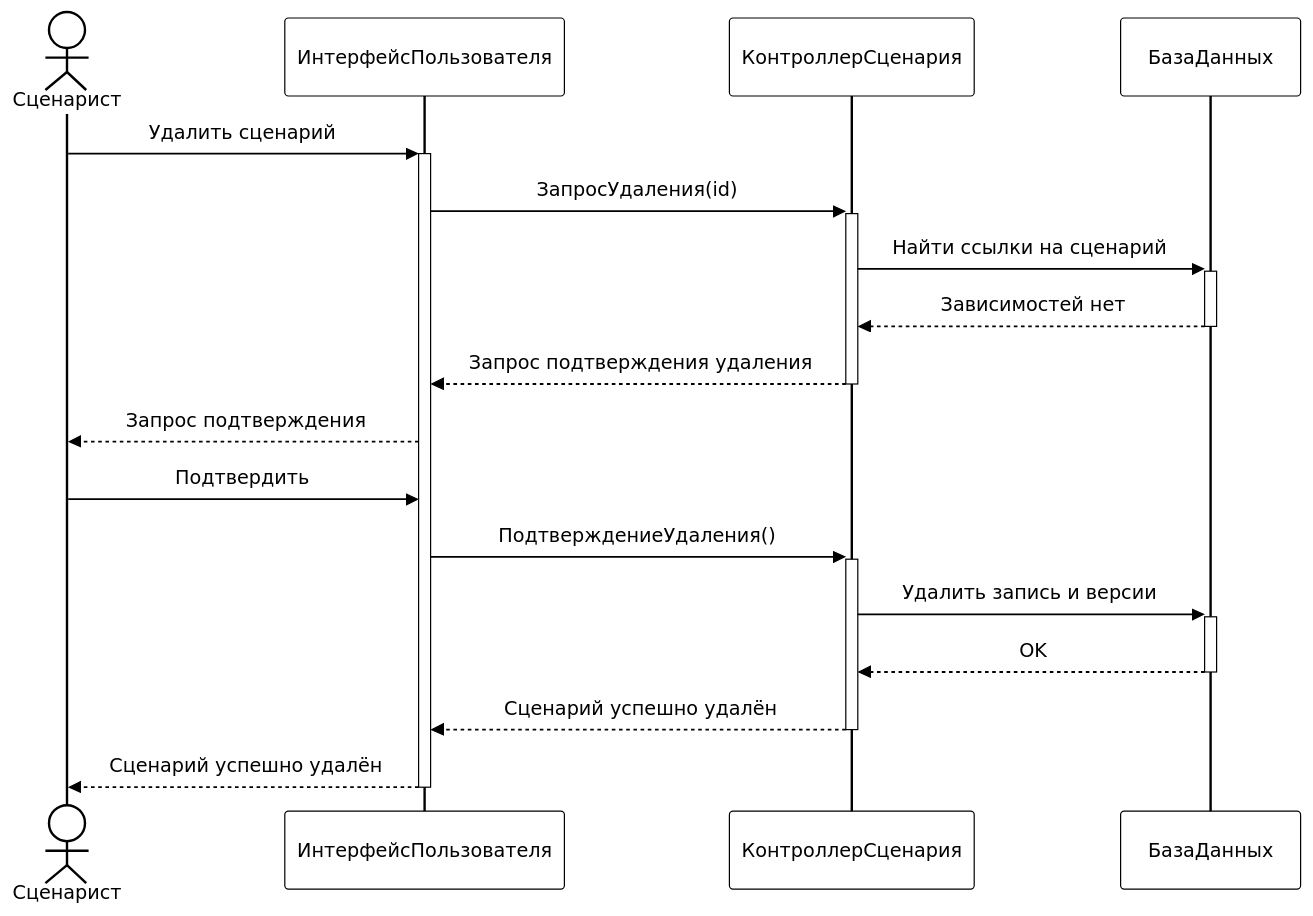
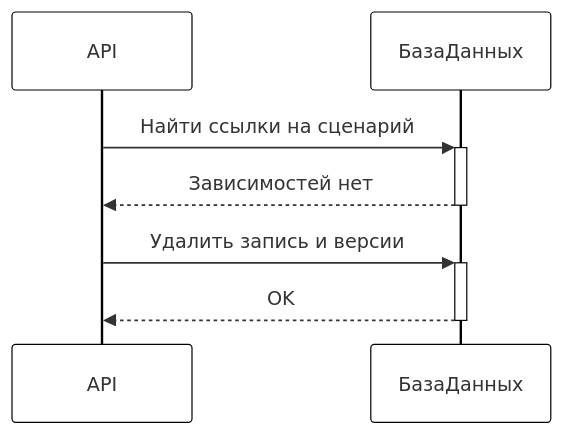
One commit to CHSU-scenarAIst/diagrammy changed the fifth of 6 diagrams in Пакет Обработка эмбеддингов/Диаграмма последовательностей взаимодействия объектов классов.md. Above: the diagram before and after it, drawn with Mermaid. The commit also changed other lines of this file and 8 other files, not shown here.

````diff
--- a/Пакет Обработка эмбеддингов/Диаграмма последовательностей взаимодействия объектов классов.md
+++ b/Пакет Обработка эмбеддингов/Диаграмма последовательностей взаимодействия объектов классов.md
@@ -238,40 +118,20 @@
 ```mermaid
 %%{init: {
   'theme': 'base',
   'themeVariables': {
     'primaryColor': '#fff',
     'primaryBorderColor': '#000',
-    'lineColor': '#000',
-    'tertiaryColor': '#fff',
-    'edgeColor': '#000',
-    'fontFamily': 'arial',
     'fontSize': '16px',
-    'signalColor': '#000',
-    'signalTextColor': '#000',
-    'actorTextColor': '#000',
-    'actorLineColor': '#000',
-    'labelTextColor': '#000',
-    'activationBorderColor': '#000',
-    'activationBackgroundColor': '#000'
+    'activationBorderColor': '#000'
   }
 }}%%
 sequenceDiagram
-    actor User as Сценарист
-    participant UI as ИнтерфейсПользователя
-    participant Controller as КонтроллерСценария
+    participant Controller as API
     participant Storage as БазаДанных
 
-    User->>+UI: Удалить сценарий
-    UI->>+Controller: ЗапросУдаления(id)
     Controller->>+Storage: Найти ссылки на сценарий
     Storage-->>-Controller: Зависимостей нет
-    Controller-->>-UI: Запрос подтверждения удаления
-    UI-->>User: Запрос подтверждения
     
-    User->>UI: Подтвердить
-    UI->>+Controller: ПодтверждениеУдаления()
     Controller->>+Storage: Удалить запись и версии
     Storage-->>-Controller: OK
-    Controller-->>-UI: Сценарий успешно удалён
-    UI-->>-User: Сценарий успешно удалён
 ```
````
